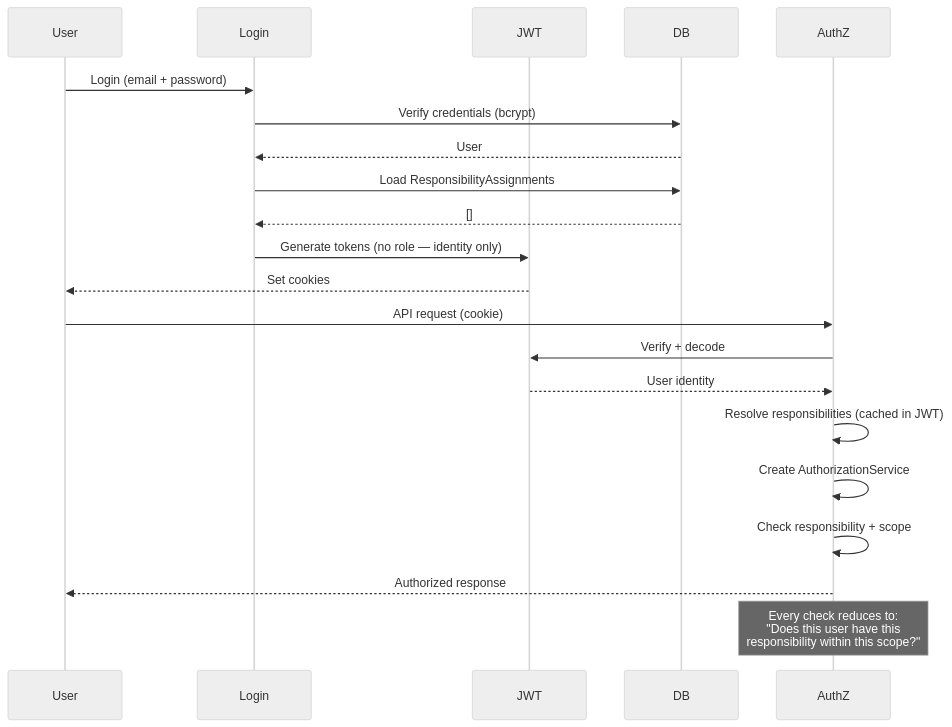
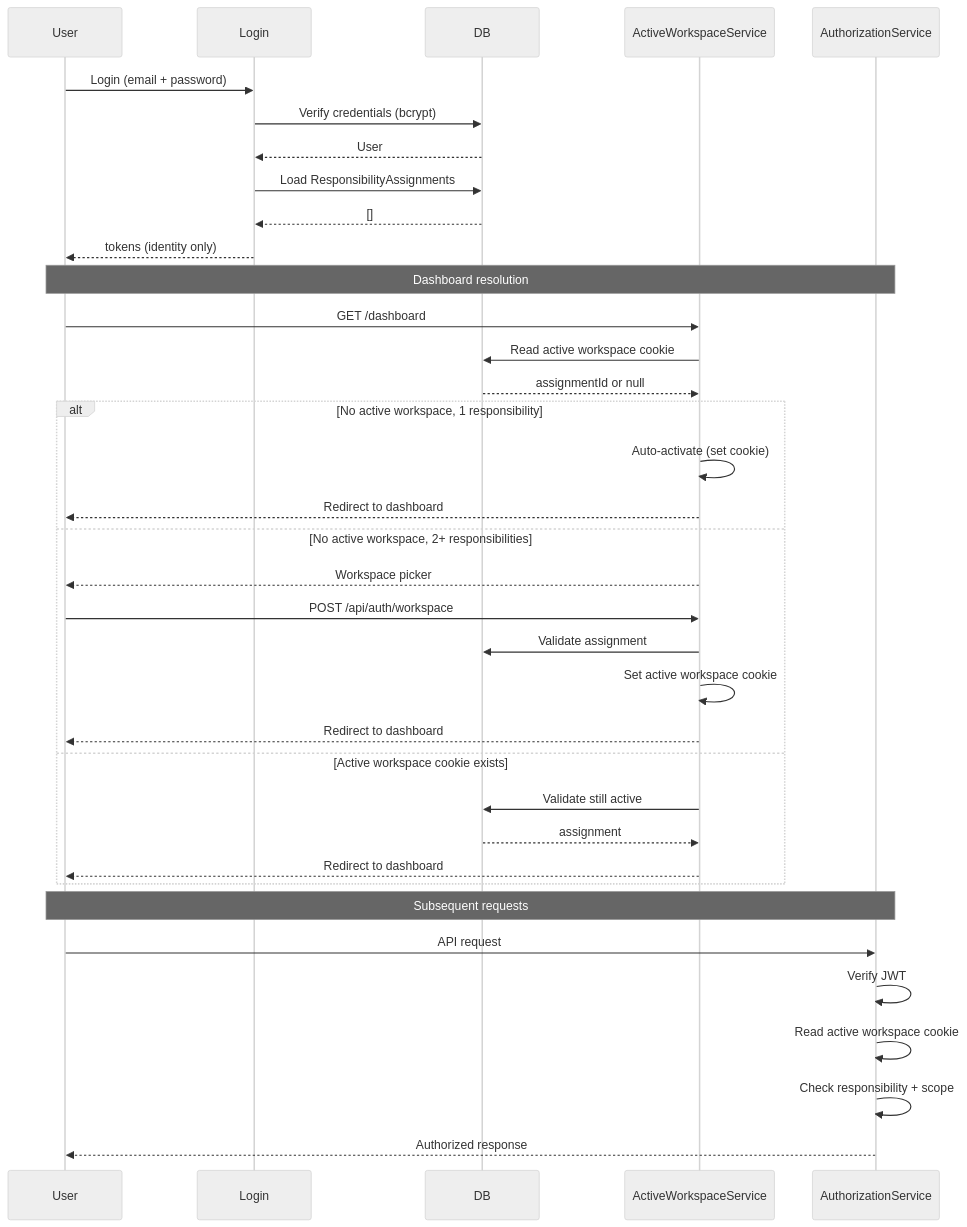
One commit to Newer1107/EMQPGS changed the fourth of 5 diagrams in README.md. Above: the diagram before and after it, drawn with Mermaid (neutral theme). The commit also changed other lines of this file and 23 other files, not shown here.

First line of the commit message:
refactor: implement responsibility-based workspace selection and management

````diff
--- a/README.md
+++ b/README.md
@@ -130,25 +130,43 @@
 ```mermaid
 sequenceDiagram
     participant User
     participant Login
-    participant JWT
     participant DB
-    participant AuthZ
+    participant AWS as ActiveWorkspaceService
+    participant AuthZ as AuthorizationService
 
     User->>Login: Login (email + password)
     Login->>DB: Verify credentials (bcrypt)
     DB-->>Login: User
     Login->>DB: Load ResponsibilityAssignments
     DB-->>Login: []
-    Login->>JWT: Generate tokens (no role — identity only)
-    JWT-->>User: Set cookies
+    Login-->>User: tokens (identity only)
 
-    User->>AuthZ: API request (cookie)
-    AuthZ->>JWT: Verify + decode
-    JWT-->>AuthZ: User identity
-    AuthZ->>AuthZ: Resolve responsibilities (cached in JWT)
-    AuthZ->>AuthZ: Create AuthorizationService
+    Note over User,AuthZ: Dashboard resolution
+
+    User->>AWS: GET /dashboard
+    AWS->>DB: Read active workspace cookie
+    DB-->>AWS: assignmentId or null
+    alt No active workspace, 1 responsibility
+        AWS->>AWS: Auto-activate (set cookie)
+        AWS-->>User: Redirect to dashboard
+    else No active workspace, 2+ responsibilities
+        AWS-->>User: Workspace picker
+        User->>AWS: POST /api/auth/workspace
+        AWS->>DB: Validate assignment
+        AWS->>AWS: Set active workspace cookie
+        AWS-->>User: Redirect to dashboard
+    else Active workspace cookie exists
+        AWS->>DB: Validate still active
+        DB-->>AWS: assignment
+        AWS-->>User: Redirect to dashboard
+    end
+
+    Note over User,AuthZ: Subsequent requests
+
+    User->>AuthZ: API request
+    AuthZ->>AuthZ: Verify JWT
+    AuthZ->>AuthZ: Read active workspace cookie
     AuthZ->>AuthZ: Check responsibility + scope
     AuthZ-->>User: Authorized response
-    Note over AuthZ: Every check reduces to:<br/>"Does this user have this<br/>responsibility within this scope?"
 ```
````
